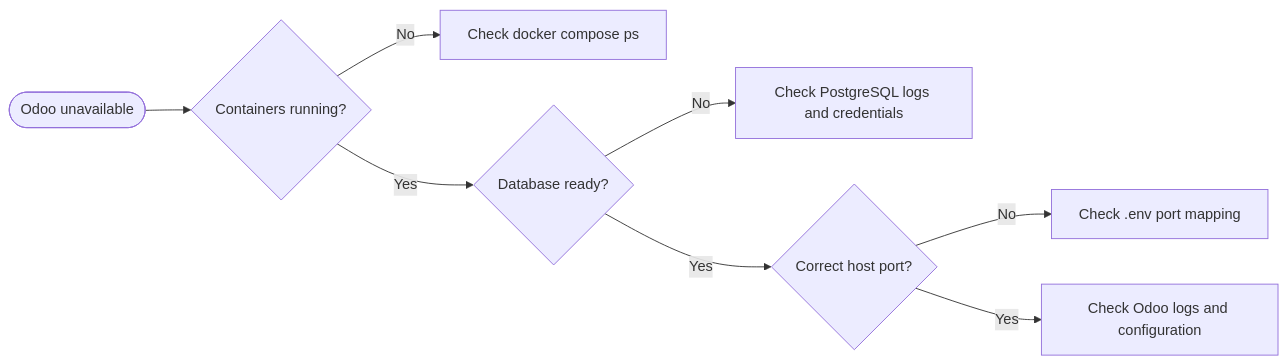
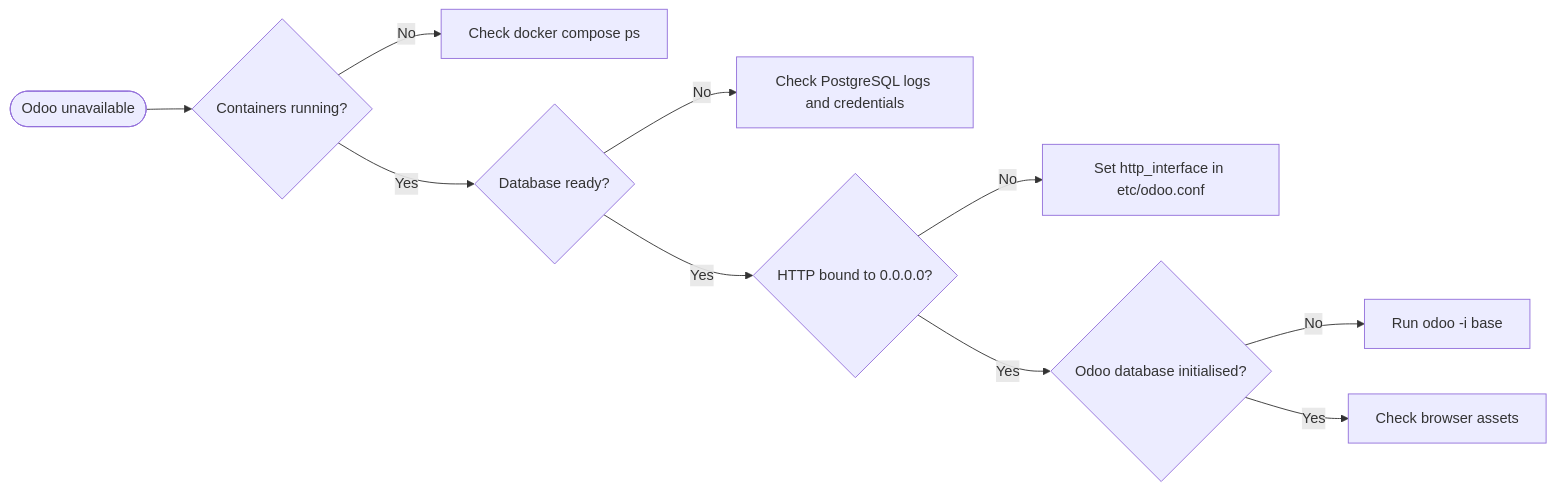
The third of 3 diagrams in README.md (abdalazeim/InstallingOdoo20-Docker-Deployment), drawn with Mermaid before and after one commit. The commit also changed other lines of this file and 6 other files, not shown here.

````diff
--- a/README.md
+++ b/README.md
@@ -329,10 +374,12 @@
 ```mermaid
 flowchart LR
     A([Odoo unavailable]) --> B{Containers running?}
     B -->|No| C[Check docker compose ps]
     B -->|Yes| D{Database ready?}
     D -->|No| E[Check PostgreSQL logs and credentials]
-    D -->|Yes| F{Correct host port?}
-    F -->|No| G[Check .env port mapping]
-    F -->|Yes| H[Check Odoo logs and configuration]
+    D -->|Yes| F{HTTP bound to 0.0.0.0?}
+    F -->|No| G[Set http_interface in etc/odoo.conf]
+    F -->|Yes| H{Odoo database initialised?}
+    H -->|No| I[Run odoo -i base]
+    H -->|Yes| J[Check browser assets]
 ```
````
